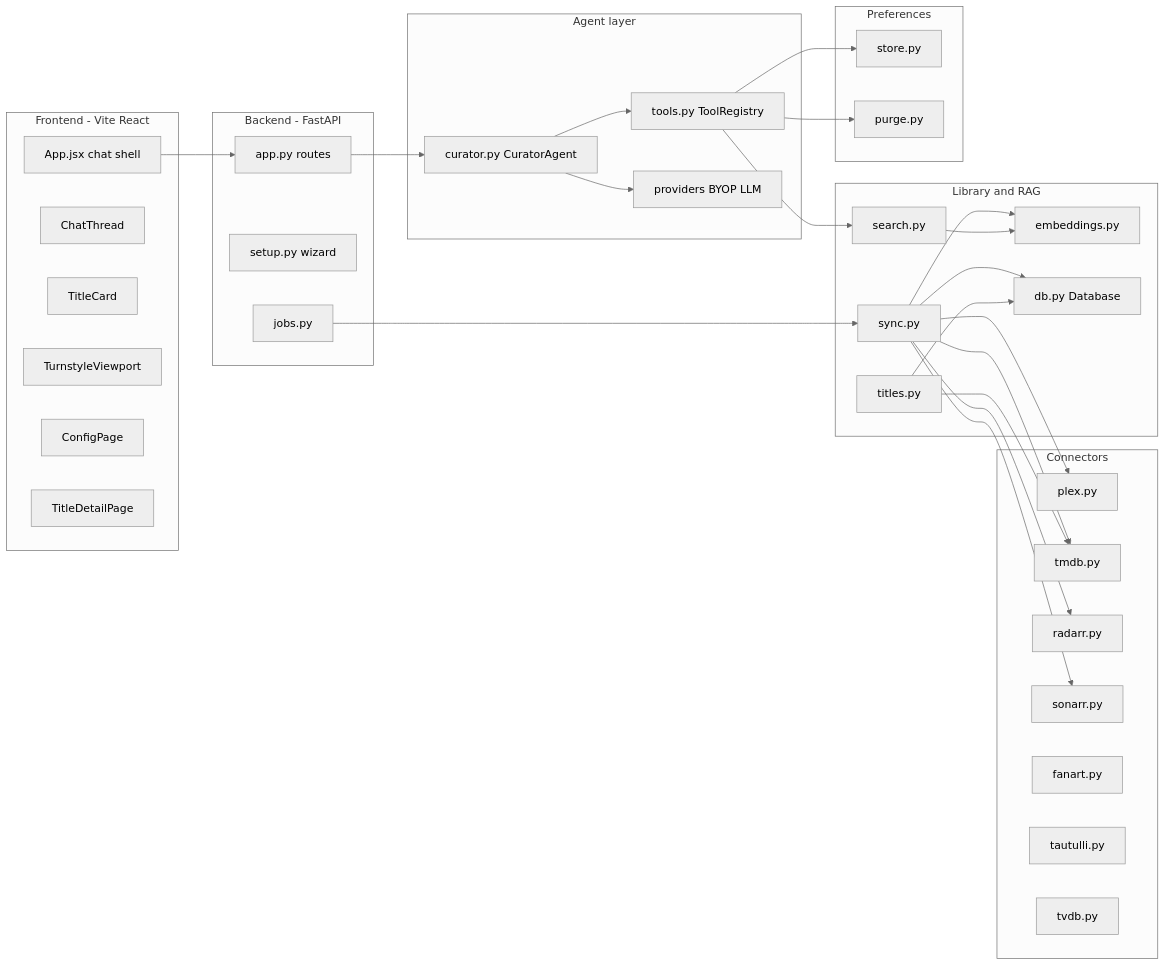
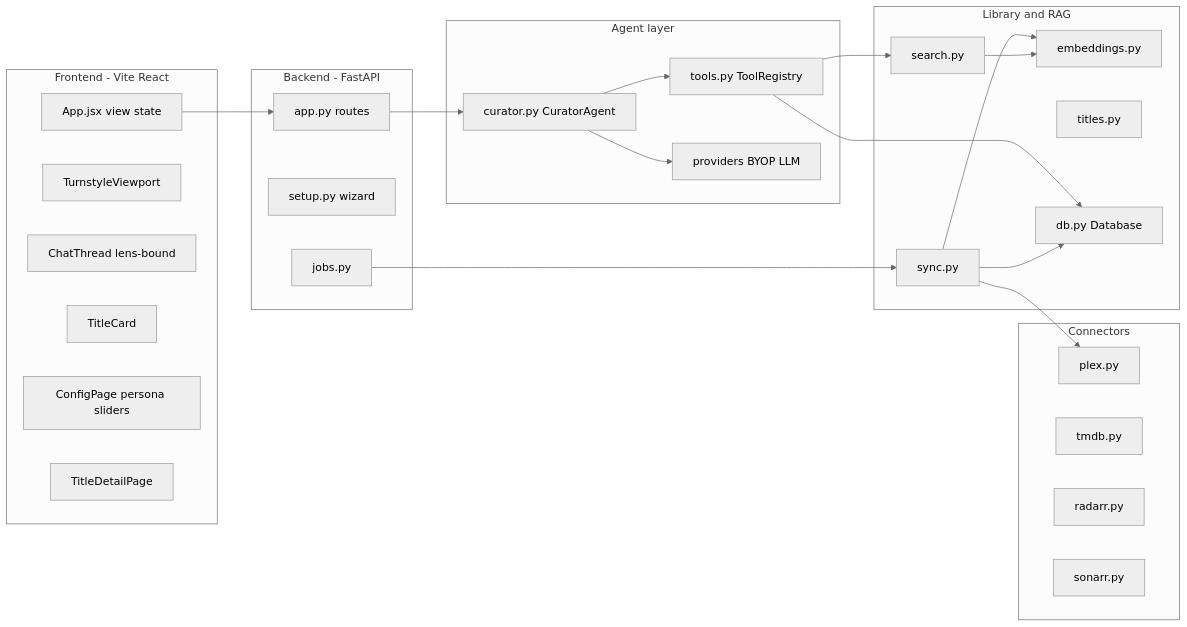
The third of 5 diagrams in docs/ARCHITECTURE.md (romwil/curatorx), drawn with Mermaid (neutral theme) before and after one commit. The commit also changed other lines of this file and 91 other files, not shown here.

First line of the commit message:
CuratorX Phase 1: rename, lens isolation, persona, dual UI foundations

````diff
--- a/docs/ARCHITECTURE.md
+++ b/docs/ARCHITECTURE.md
@@ -77,64 +124,50 @@
 ```mermaid
 flowchart LR
     subgraph frontend [Frontend - Vite React]
-        App[App.jsx chat shell]
-        Chat[ChatThread]
+        App[App.jsx view state]
+        TurnstyleV[TurnstyleViewport]
+        Chat[ChatThread lens-bound]
         Cards[TitleCard]
-        Viewport[TurnstyleViewport]
-        Config[ConfigPage]
+        Config[ConfigPage persona sliders]
         Detail[TitleDetailPage]
     end
 
     subgraph backend [Backend - FastAPI]
         Routes[app.py routes]
         Setup[setup.py wizard]
         JobMgr[jobs.py]
     end
 
     subgraph agentLayer [Agent layer]
         Curator[curator.py CuratorAgent]
         Tools[tools.py ToolRegistry]
         Providers[providers BYOP LLM]
     end
 
     subgraph library [Library and RAG]
         Sync[sync.py]
         Search[search.py]
         Emb[embeddings.py]
         Titles[titles.py]
         Db[db.py Database]
     end
 
     subgraph connectors [Connectors]
         PlexC[plex.py]
         TMDBC[tmdb.py]
         RadarrC[radarr.py]
         SonarrC[sonarr.py]
-        FanartC[fanart.py]
-        TautulliC[tautulli.py]
-        TVDBC[tvdb.py]
-    end
-
-    subgraph prefs [Preferences]
-        Store[store.py]
-        Purge[purge.py]
     end
 
     App --> Routes
     Routes --> Curator
     Curator --> Tools
     Curator --> Providers
     Tools --> Search
-    Tools --> Purge
-    Tools --> Store
+    Tools --> Db
     JobMgr --> Sync
     Sync --> Db
     Sync --> Emb
     Search --> Emb
     Sync --> PlexC
-    Sync --> TMDBC
-    Sync --> RadarrC
-    Sync --> SonarrC
-    Titles --> Db
-    Titles --> TMDBC
 ```
````
